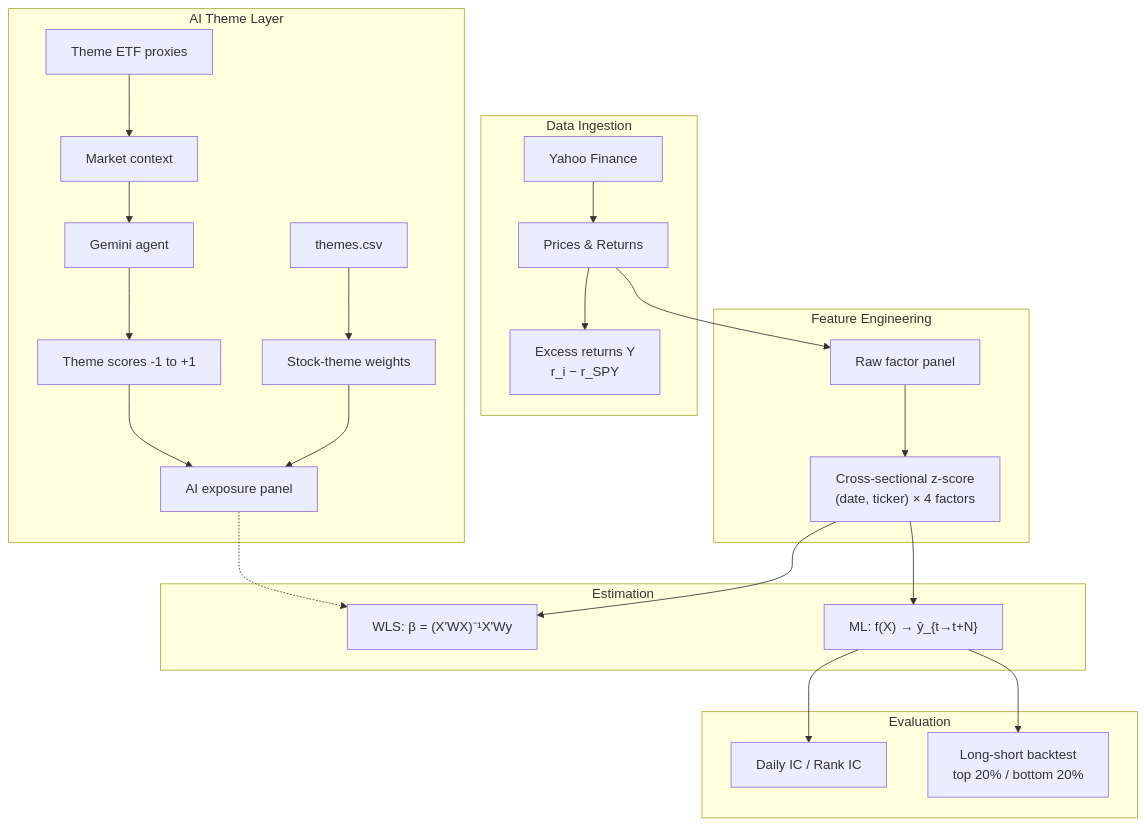
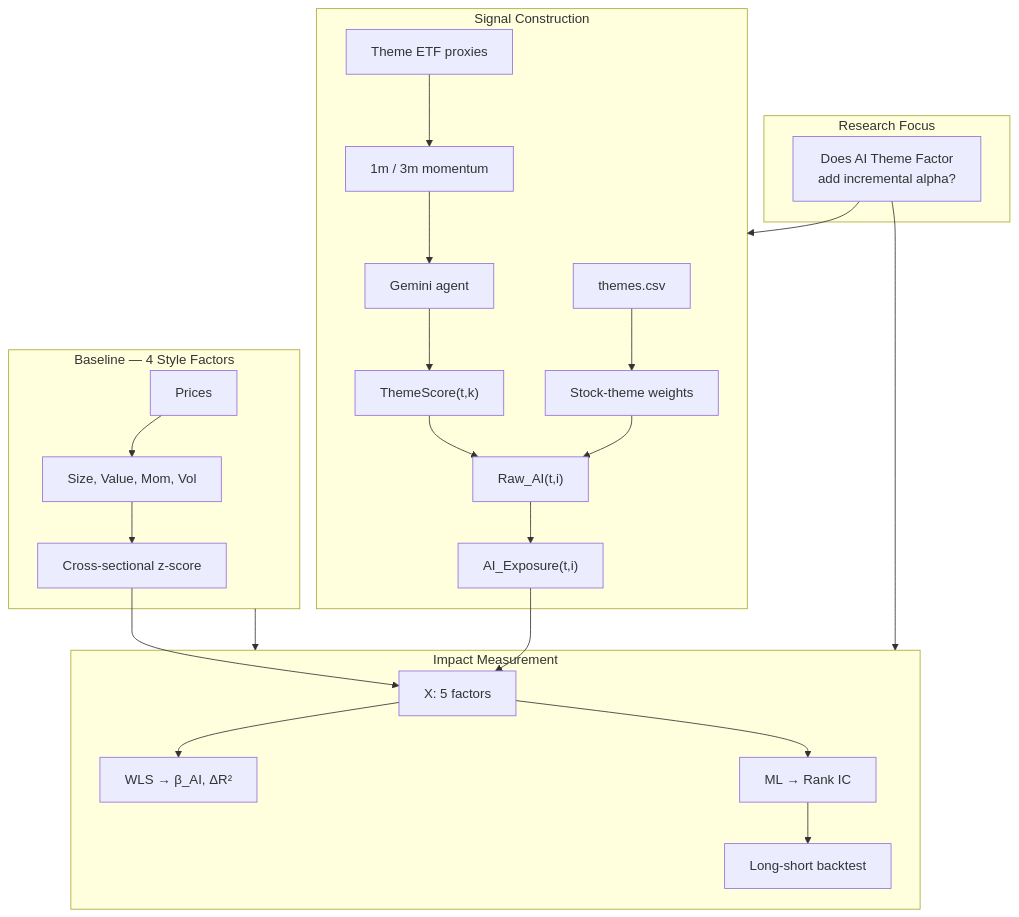
The first of 2 diagrams in README.md (wanmingz/ai_factor_barra), drawn with Mermaid before and after one commit. The commit also changed other lines of this file, not shown here.

````diff
--- a/README.md
+++ b/README.md
@@ -29,32 +74,33 @@
 ```mermaid
 flowchart TB
-    subgraph ingest [Data Ingestion]
-        YF[Yahoo Finance] --> PX[Prices & Returns]
-        PX --> Y["Excess returns Y<br/>r_i − r_SPY"]
+    subgraph hypothesis [Research Focus]
+        Q["Does AI Theme Factor<br/>add incremental alpha?"]
     end
 
-    subgraph feat [Feature Engineering]
-        PX --> RAW[Raw factor panel]
-        RAW --> ZS["Cross-sectional z-score<br/>(date, ticker) × 4 factors"]
+    subgraph signal [Signal Construction]
+        CSV[themes.csv] --> MAP["Stock-theme weights"]
+        ETF[Theme ETF proxies] --> CTX[1m / 3m momentum]
+        CTX --> GEM[Gemini agent]
+        GEM --> TS["ThemeScore(t,k)"]
+        MAP --> RAW["Raw_AI(t,i)"]
+        TS --> RAW
+        RAW --> ZS["AI_Exposure(t,i)"]
     end
 
-    subgraph ai [AI Theme Layer]
-        CSV[themes.csv] --> MAP[Stock-theme weights]
-        ETF[Theme ETF proxies] --> CTX[Market context]
-        CTX --> GEM[Gemini agent]
-        GEM --> TS[Theme scores -1 to +1]
-        MAP --> AIF[AI exposure panel]
-        TS --> AIF
+    subgraph baseline [Baseline — 4 Style Factors]
+        PX[Prices] --> F4["Size, Value, Mom, Vol"]
+        F4 --> ZS4[Cross-sectional z-score]
     end
 
-    subgraph est [Estimation]
-        ZS --> WLS["WLS: β = (X'WX)⁻¹X'Wy"]
-        ZS --> ML["ML: f(X) → ŷ_{t→t+N}"]
-        AIF -.-> WLS
+    subgraph test [Impact Measurement]
+        ZS --> X5["X: 5 factors"]
+        ZS4 --> X5
+        X5 --> WLS["WLS → β_AI, ΔR²"]
+        X5 --> ML["ML → Rank IC"]
+        ML --> LS["Long-short backtest"]
     end
 
-    subgraph eval [Evaluation]
-        ML --> IC["Daily IC / Rank IC"]
-        ML --> LS["Long-short backtest<br/>top 20% / bottom 20%"]
-    end
+    Q --> signal
+    Q --> test
+    baseline --> test
 ```
````
